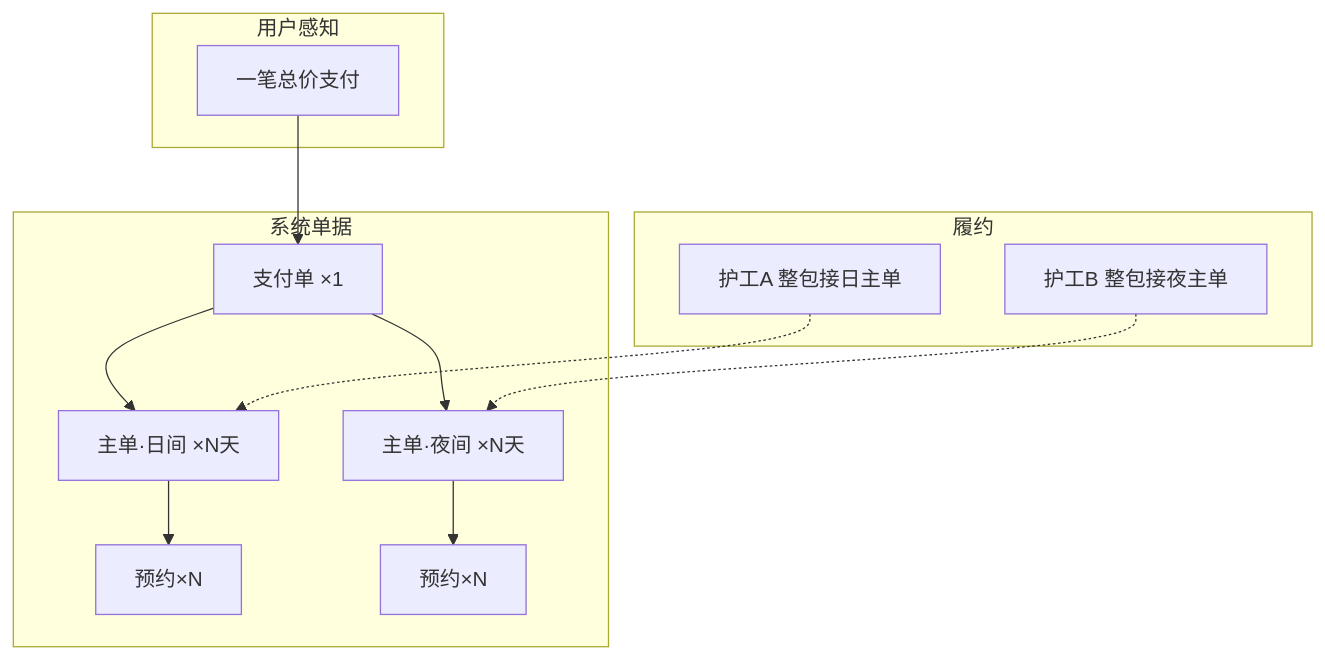
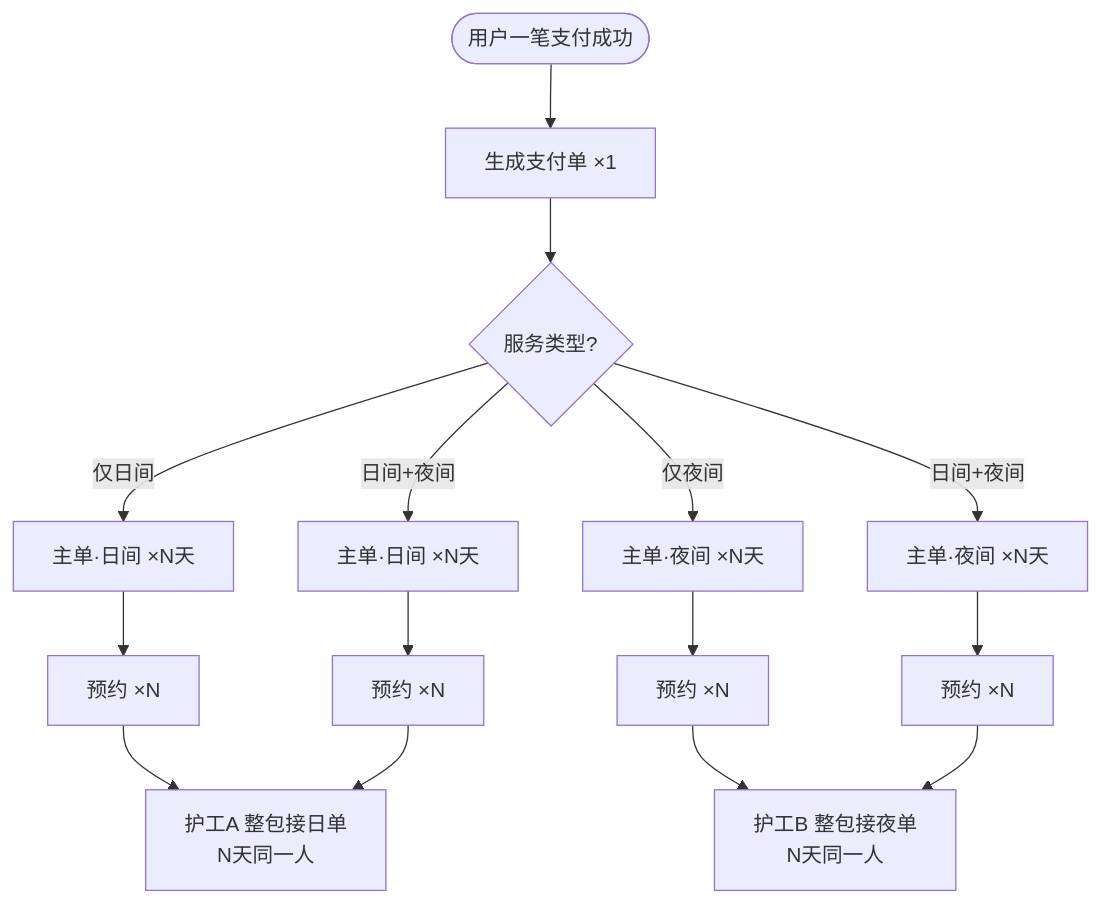
Before and after one commit to haiyan-design/prototypes: the second of 2 diagrams in order_quickly/PRD-R-261022-019-连续陪护快下单.md, drawn with Mermaid. The commit also changed other lines of this file and 5 other files, not shown here.

````diff
--- a/order_quickly/PRD-R-261022-019-连续陪护快下单.md
+++ b/order_quickly/PRD-R-261022-019-连续陪护快下单.md
@@ -192,25 +183,21 @@
 ```mermaid
-flowchart TB
-  subgraph 用户感知
-    U[一笔总价支付]
-  end
+flowchart TD
+  Pay([用户一笔支付成功]) --> PO[生成支付单 ×1]
 
-  subgraph 系统单据
-    P[支付单 ×1]
-    D[主单·日间 ×N天]
-    N[主单·夜间 ×N天]
-    P --> D
-    P --> N
-    D --> A1[预约×N]
-    N --> A2[预约×N]
-  end
+  PO --> Mode{服务类型?}
 
-  subgraph 履约
-    G1[护工A 整包接日主单]
-    G2[护工B 整包接夜主单]
-    G1 -.-> D
-    G2 -.-> N
-  end
+  Mode -->|仅日间| D1[主单·日间 ×N天]
+  Mode -->|仅夜间| N1[主单·夜间 ×N天]
+  Mode -->|日间+夜间| D2[主单·日间 ×N天]
+  Mode -->|日间+夜间| N2[主单·夜间 ×N天]
 
-  U --> P
+  D1 --> A1[预约 ×N]
+  N1 --> A2[预约 ×N]
+  D2 --> A3[预约 ×N]
+  N2 --> A4[预约 ×N]
+
+  A1 --> G1[护工A 整包接日单<br/>N天同一人]
+  A2 --> G2[护工B 整包接夜单<br/>N天同一人]
+  A3 --> G1
+  A4 --> G2
 ```
````
